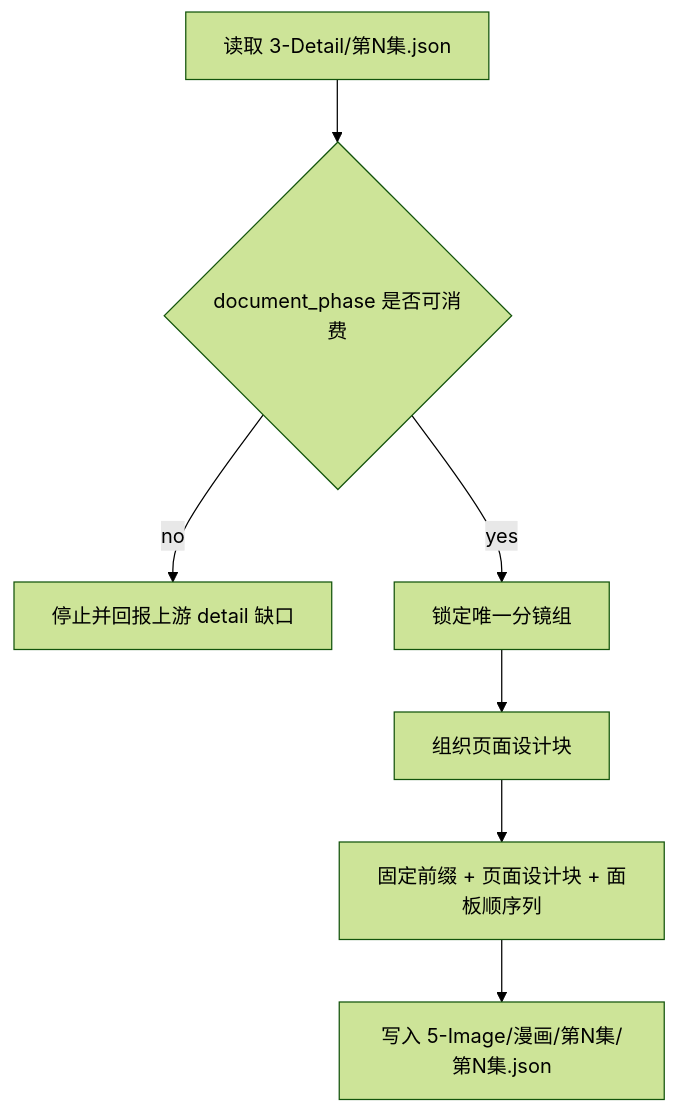
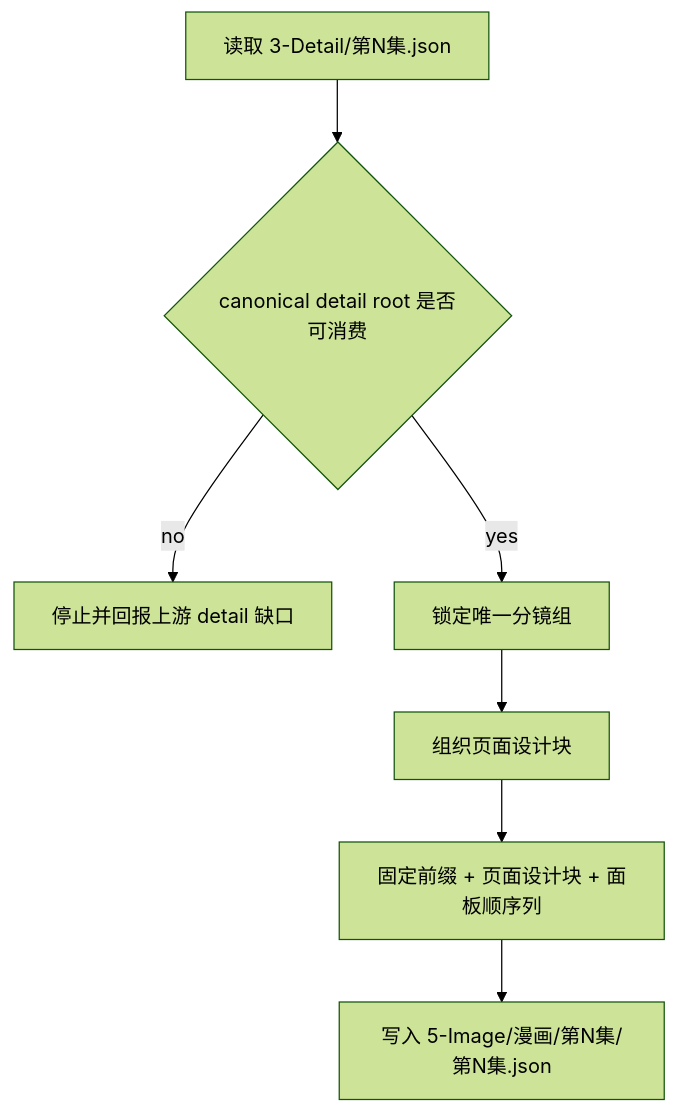
One commit to ZEN-VOID/AI-CUT changed the second of 2 diagrams in .agents/skills/aigc/5-Image/1-提示词蒸馏/漫画/SKILL.md. Above: the diagram before and after it, drawn with Mermaid (forest theme). The commit also changed other lines of this file and 362 other files, not shown here.

````diff
--- a/.agents/skills/aigc/5-Image/1-提示词蒸馏/漫画/SKILL.md
+++ b/.agents/skills/aigc/5-Image/1-提示词蒸馏/漫画/SKILL.md
@@ -146,9 +152,9 @@
 ```mermaid
 flowchart TD
-    A["读取 3-Detail/第N集.json"] --> B{"document_phase 是否可消费"}
+    A["读取 3-Detail/第N集.json"] --> B{"canonical detail root 是否可消费"}
     B -->|"no"| C["停止并回报上游 detail 缺口"]
     B -->|"yes"| D["锁定唯一分镜组"]
     D --> E["组织页面设计块"]
     E --> F["固定前缀 + 页面设计块 + 面板顺序列"]
     F --> G["写入 5-Image/漫画/第N集/第N集.json"]
 ```
````
